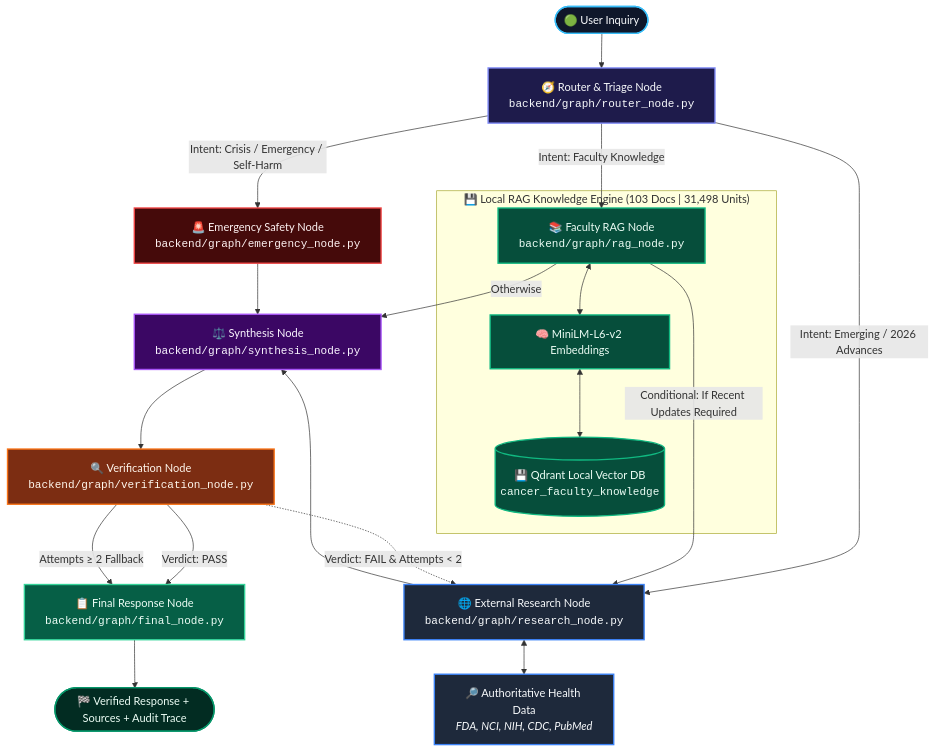
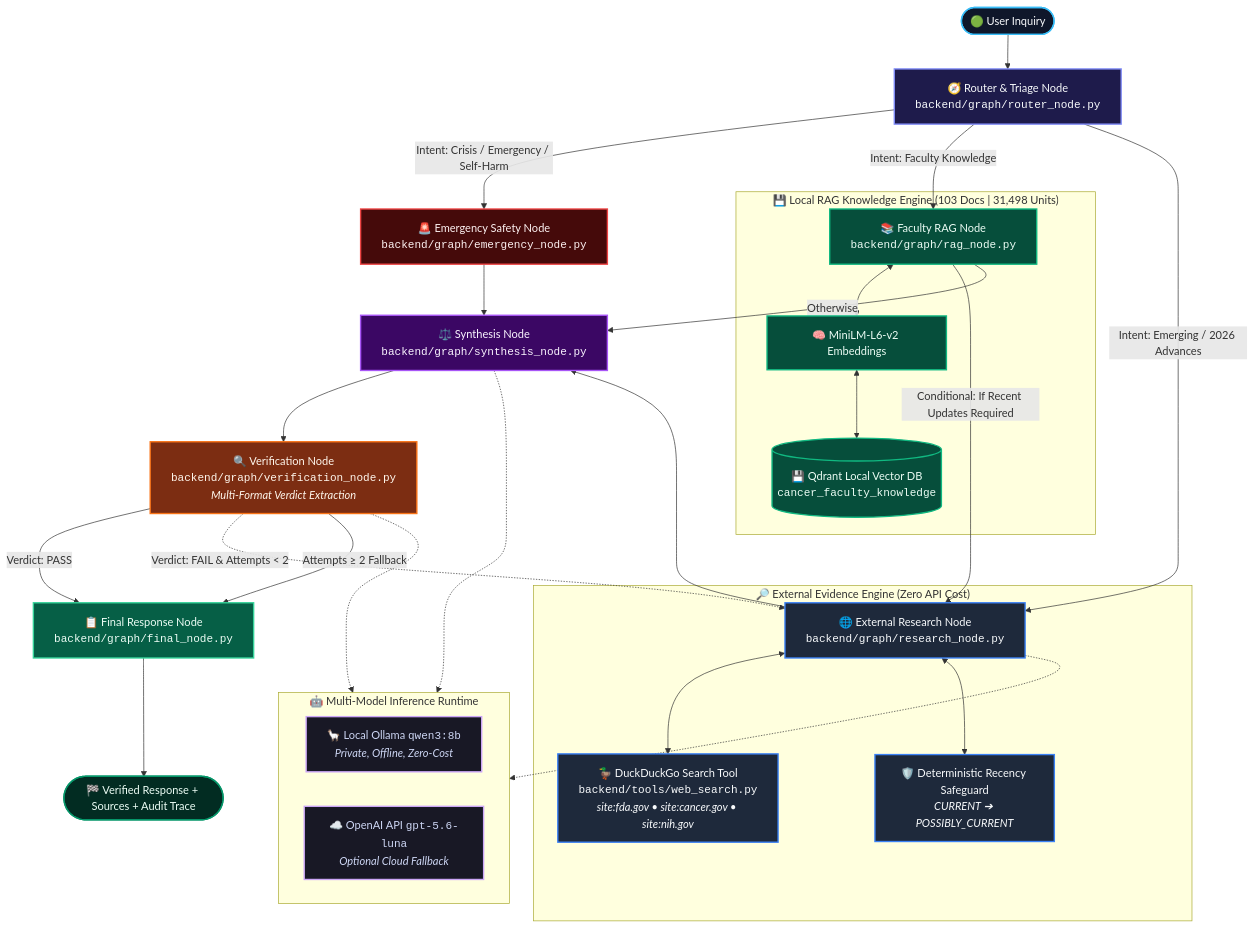
Before and after one commit to Snigdha-0210/Cancer-multi-agent: the first of 3 diagrams in README.md, drawn with Mermaid. The commit also changed other lines of this file and 19 other files, not shown here.

Commit message:
feat: integrate local Ollama Qwen3, free DDG search tool, recency safeguards & updated docs

````diff
--- a/README.md
+++ b/README.md
@@ -98,41 +100,55 @@
 ```mermaid
 flowchart TD
     classDef inputStyle fill:#0f172a,stroke:#38bdf8,stroke-width:2px,color:#f8fafc
     classDef triageStyle fill:#1e1b4b,stroke:#818cf8,stroke-width:2px,color:#f8fafc
     classDef emergStyle fill:#450a0a,stroke:#ef4444,stroke-width:2px,color:#fef2f2
     classDef ragStyle fill:#064e3b,stroke:#10b981,stroke-width:2px,color:#ecfdf5
     classDef resStyle fill:#1e293b,stroke:#3b82f6,stroke-width:2px,color:#f8fafc
     classDef synthStyle fill:#3b0764,stroke:#a855f7,stroke-width:2px,color:#faf5ff
     classDef verifStyle fill:#7c2d12,stroke:#f97316,stroke-width:2px,color:#fff7ed
     classDef finalStyle fill:#065f46,stroke:#34d399,stroke-width:2px,color:#ecfdf5
     classDef outStyle fill:#022c22,stroke:#059669,stroke-width:2px,color:#ecfdf5
+    classDef localModel fill:#181825,stroke:#cba6f7,stroke-width:2px,color:#cdd6f4
 
     Start([🟢 User Inquiry]):::inputStyle --> Router[🧭 Router & Triage Node<br><code>backend/graph/router_node.py</code>]:::triageStyle
     
     %% Emergency Branch
     Router -->|Intent: Crisis / Emergency / Self-Harm| EmergencyNode[🚨 Emergency Safety Node<br><code>backend/graph/emergency_node.py</code>]:::emergStyle
     EmergencyNode --> SynthesisNode[⚖️ Synthesis Node<br><code>backend/graph/synthesis_node.py</code>]:::synthStyle
 
     %% RAG & Research Branches
     Router -->|Intent: Faculty Knowledge| RAGNode[📚 Faculty RAG Node<br><code>backend/graph/rag_node.py</code>]:::ragStyle
     subgraph RAG_Layer ["💾 Local RAG Knowledge Engine (103 Docs | 31,498 Units)"]
         RAGNode <--> EmbedModel[🧠 MiniLM-L6-v2 Embeddings]:::ragStyle
         EmbedModel <--> QdrantDB[(💾 Qdrant Local Vector DB<br><code>cancer_faculty_knowledge</code>)]:::ragStyle
     end
 
     Router -->|Intent: Emerging / 2026 Advances| ResearchNode[🌐 External Research Node<br><code>backend/graph/research_node.py</code>]:::resStyle
-    ResearchNode <--> WebSources[🔎 Authoritative Health Data<br><em>FDA, NCI, NIH, CDC, PubMed</em>]:::resStyle
+    
+    subgraph Research_Engine ["🔎 External Evidence Engine (Zero API Cost)"]
+        ResearchNode <--> DDGSearch[🦆 DuckDuckGo Search Tool<br><code>backend/tools/web_search.py</code><br><em>site:fda.gov • site:cancer.gov • site:nih.gov</em>]:::resStyle
+        ResearchNode <--> RecencyGuard[🛡️ Deterministic Recency Safeguard<br><em>CURRENT ➔ POSSIBLY_CURRENT</em>]:::resStyle
+    end
+
+    subgraph LLM_Runtime ["🤖 Multi-Model Inference Runtime"]
+        OllamaLocal[🦙 Local Ollama <code>qwen3:8b</code><br><em>Private, Offline, Zero-Cost</em>]:::localModel
+        CloudOpenAI[☁️ OpenAI API <code>gpt-5.6-luna</code><br><em>Optional Cloud Fallback</em>]:::localModel
+    end
+
+    ResearchNode -.-> LLM_Runtime
+    SynthesisNode -.-> LLM_Runtime
+    VerifierNode -.-> LLM_Runtime
 
     RAGNode -->|Conditional: If Recent Updates Required| ResearchNode
     RAGNode -->|Otherwise| SynthesisNode
     ResearchNode --> SynthesisNode
     
     %% Synthesis & Verification Loop
-    SynthesisNode --> VerifierNode[🔍 Verification Node<br><code>backend/graph/verification_node.py</code>]:::verifStyle
+    SynthesisNode --> VerifierNode[🔍 Verification Node<br><code>backend/graph/verification_node.py</code><br><em>Multi-Format Verdict Extraction</em>]:::verifStyle
 
     VerifierNode -->|Verdict: PASS| FinalNode[📋 Final Response Node<br><code>backend/graph/final_node.py</code>]:::finalStyle
     VerifierNode -.->|Verdict: FAIL &amp; Attempts &lt; 2| ResearchNode
     VerifierNode -->|Attempts &ge; 2 Fallback| FinalNode
 
     FinalNode --> End([🏁 Verified Response + Sources + Audit Trace]):::outStyle
 ```
````
